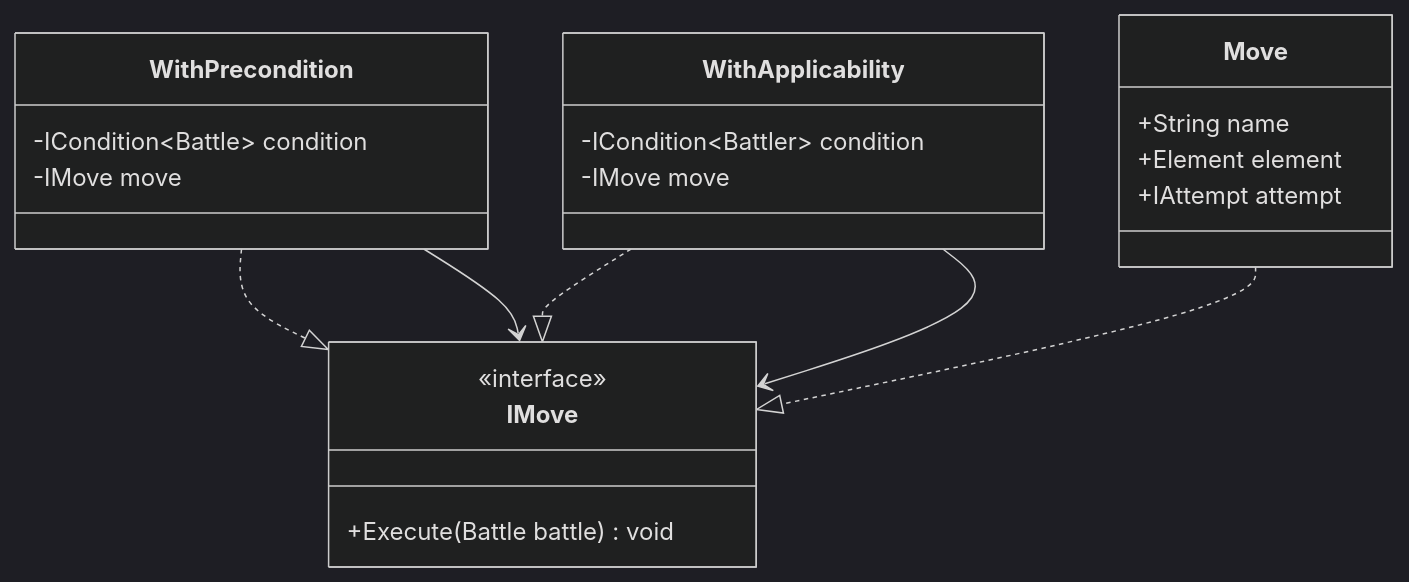
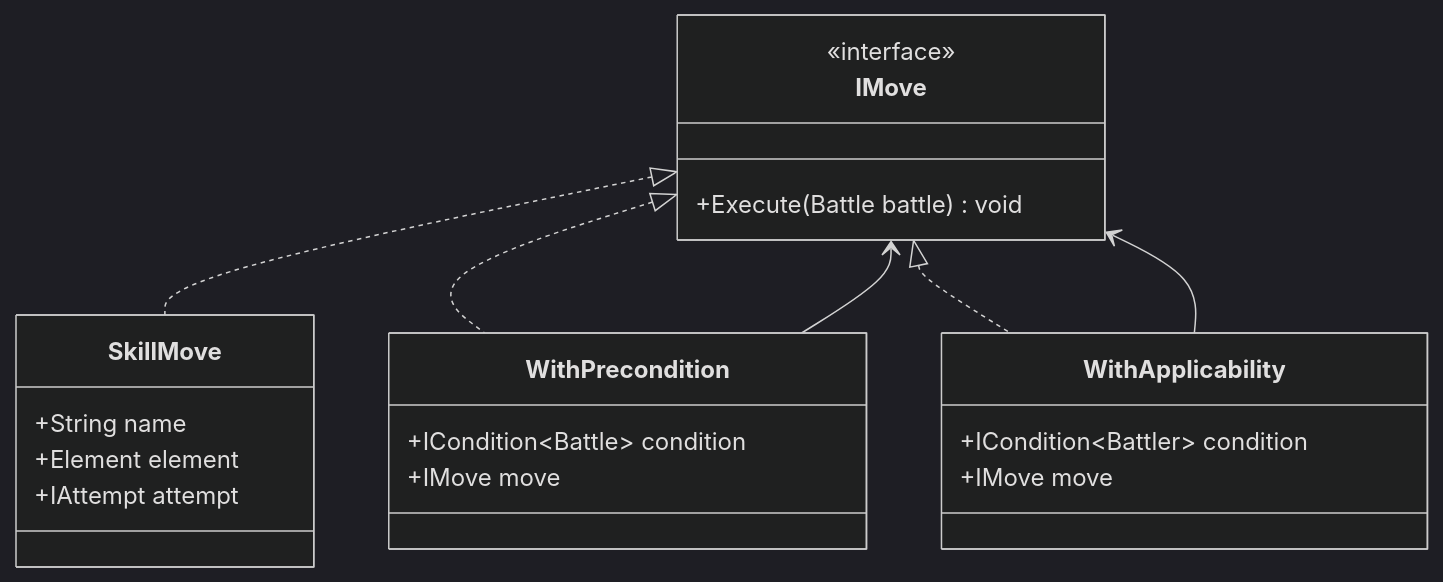
The third of 6 diagrams in posts/oop-pokemon/oop-pokemon-1.md (kimmandoo/blog), drawn with Mermaid (dark theme) before and after one commit. The commit also changed other lines of this file and 40 other files, not shown here.

````diff
--- a/posts/oop-pokemon/oop-pokemon-1.md
+++ b/posts/oop-pokemon/oop-pokemon-1.md
@@ -54,33 +77,29 @@
 ```mermaid
 classDiagram
-
     class IMove {
         <<interface>>
         +Execute(Battle battle) void
     }
 
-    class WithPrecondition {
-        -ICondition~Battle~ condition
-        -IMove move
-    }
-
-    class WithApplicability {
-        -ICondition~Battler~ condition
-        -IMove move
-    }
-
-    class Move {
+    class SkillMove {
         +String name
         +Element element
         +IAttempt attempt
     }
 
-    %% 구현 관계
-    WithPrecondition ..|> IMove
-    WithApplicability ..|> IMove
-    Move ..|> IMove
+    class WithPrecondition {
+        +ICondition~Battle~ condition
+        +IMove move
+    }
 
-    %% 포함(구성) 관계
+    class WithApplicability {
+        +ICondition~Battler~ condition
+        +IMove move
+    }
+
+    IMove <|.. SkillMove
+    IMove <|.. WithPrecondition
+    IMove <|.. WithApplicability
+    WithPrecondition --> IMove
     WithApplicability --> IMove
-    WithPrecondition --> IMove
 ```
````
